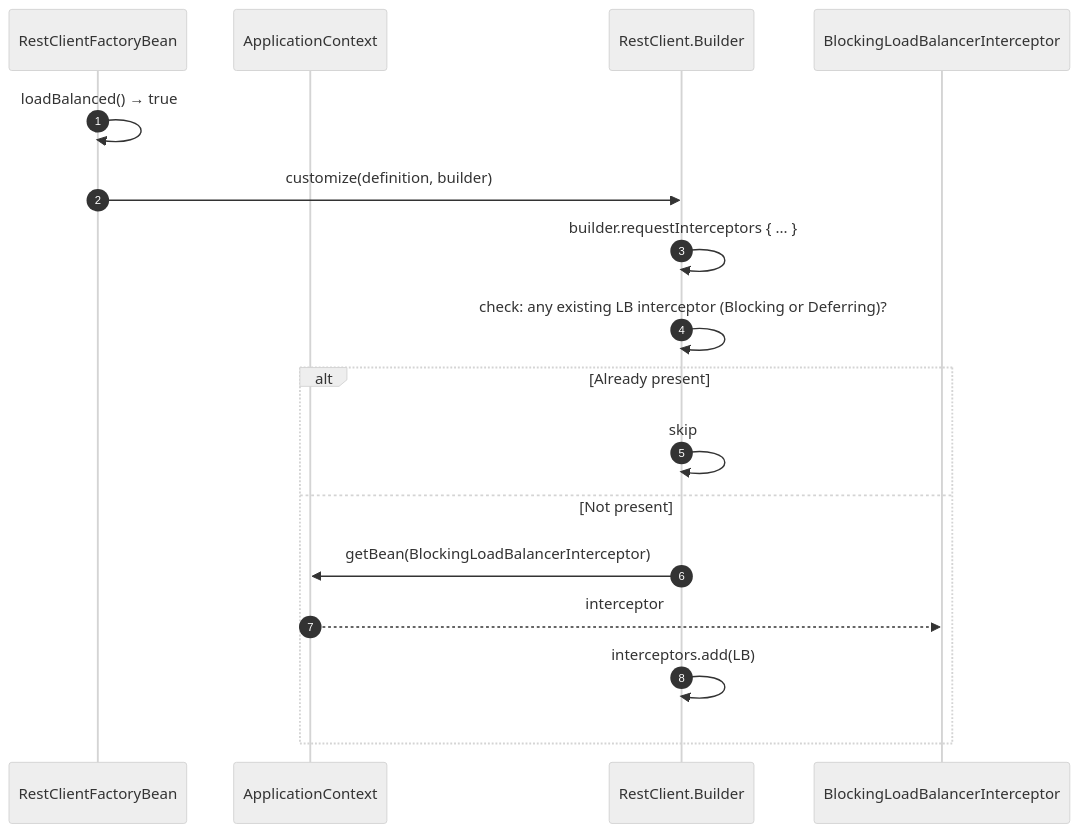
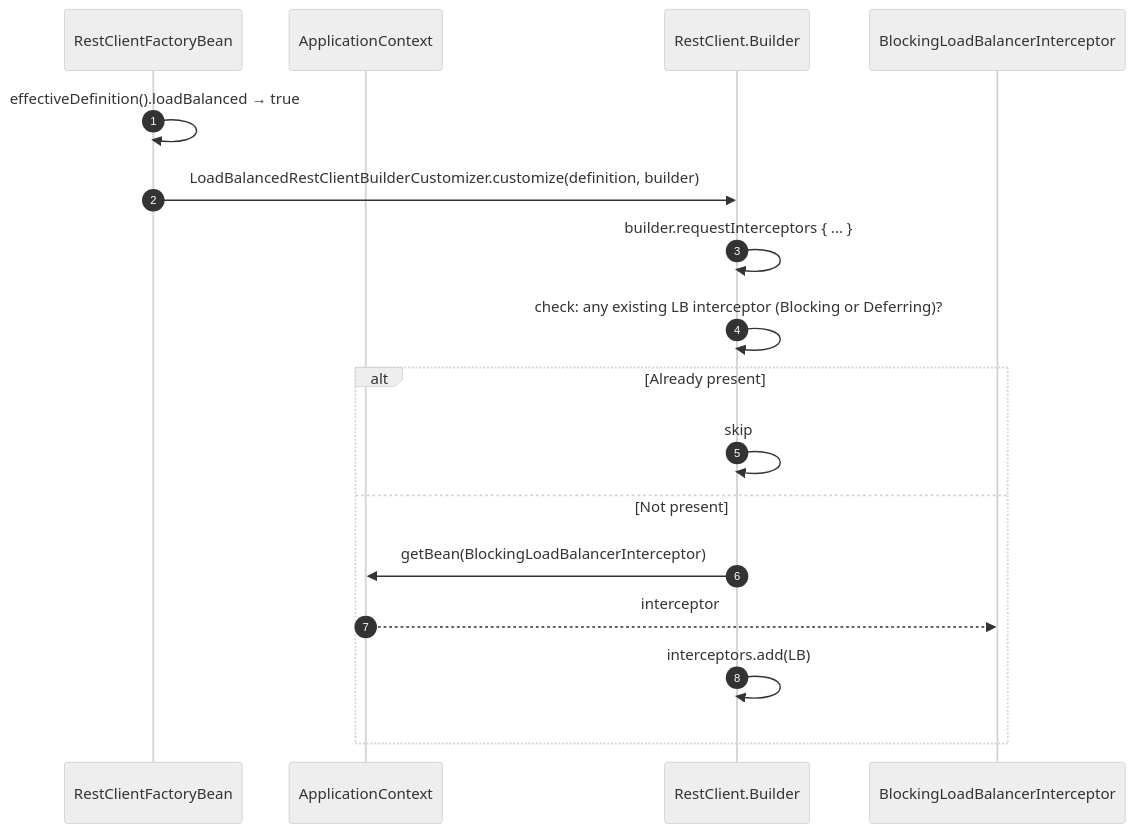
Before and after one commit to Ahoo-Wang/CoApi: the fourth of 4 diagrams in wiki/deep-dive/load-balancing.md, drawn with Mermaid (neutral theme). The commit also changed other lines of this file and 45 other files, not shown here.

First line of the commit message:
feat!: v3 client architecture (#320)

````diff
--- a/wiki/deep-dive/load-balancing.md
+++ b/wiki/deep-dive/load-balancing.md
@@ -130,20 +129,20 @@
 ```mermaid
 sequenceDiagram
     autonumber
     participant FB as RestClientFactoryBean
     participant CTX as ApplicationContext
     participant Builder as RestClient.Builder
     participant LB as BlockingLoadBalancerInterceptor
 
-    FB->>FB: loadBalanced() → true
-    FB->>Builder: customize(definition, builder)
+    FB->>FB: effectiveDefinition().loadBalanced → true
+    FB->>Builder: LoadBalancedRestClientBuilderCustomizer.customize(definition, builder)
     Builder->>Builder: builder.requestInterceptors { ... }
     Builder->>Builder: check: any existing LB interceptor (Blocking or Deferring)?
     alt Already present
         Builder->>Builder: skip
     else Not present
         Builder->>CTX: getBean(BlockingLoadBalancerInterceptor)
         CTX-->>LB: interceptor
         Builder->>Builder: interceptors.add(LB)
     end
 ```
````
